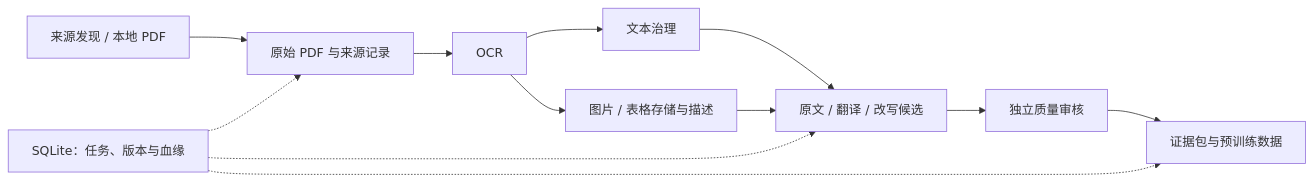
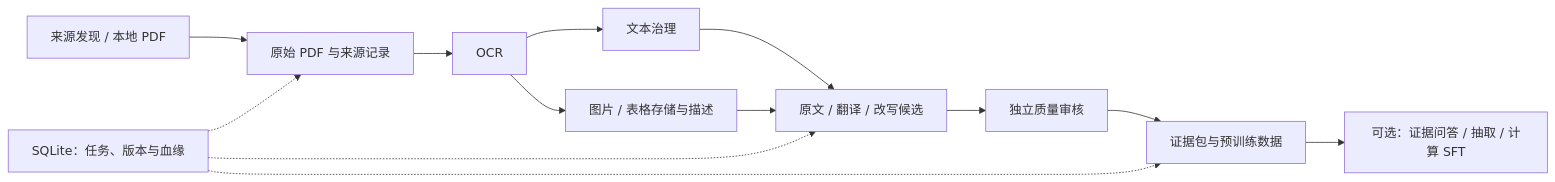
Before and after one commit to Chal1ce/FinFlow: the diagram in README.md, drawn with Mermaid. The commit also changed other lines of this file and 24 other files, not shown here.

````diff
--- a/README.md
+++ b/README.md
@@ -26,14 +27,15 @@
 ```mermaid
 flowchart LR
     source["来源发现 / 本地 PDF"] --> raw["原始 PDF 与来源记录"]
     raw --> ocr["OCR"]
     ocr --> text["文本治理"]
     ocr --> visual["图片 / 表格存储与描述"]
     text --> candidate["原文 / 翻译 / 改写候选"]
     visual --> candidate
     candidate --> review["独立质量审核"]
     review --> release["证据包与预训练数据"]
+    release --> sft["可选：证据问答 / 抽取 / 计算 SFT"]
     state["SQLite：任务、版本与血缘"] -.-> raw
     state -.-> candidate
     state -.-> release
 ```
````
